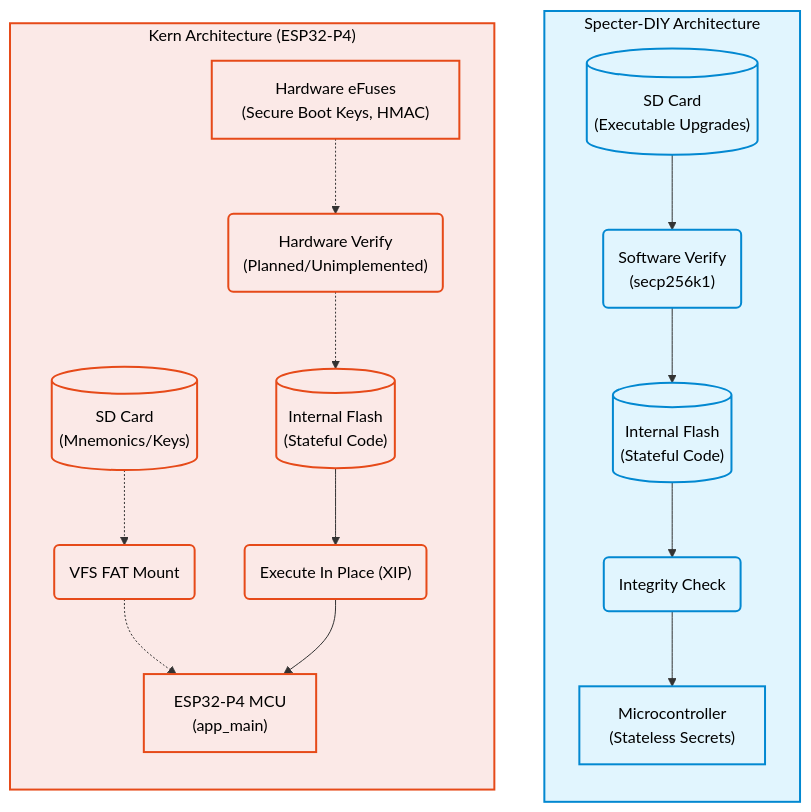
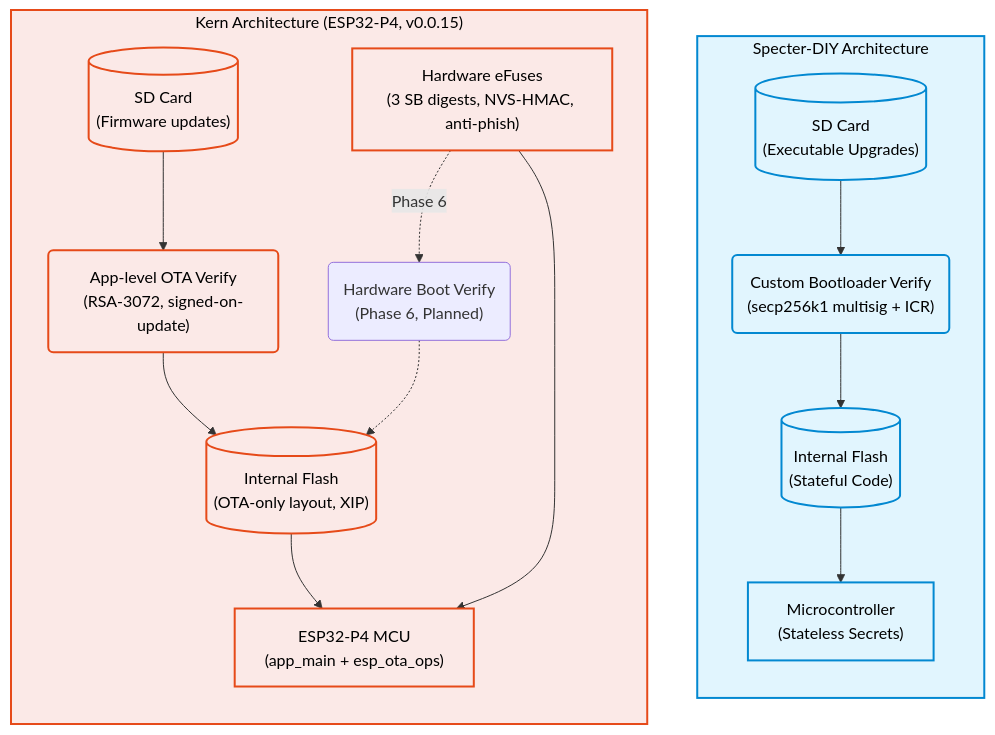
One commit to wolgwang1729/SoB-SeedSigner-Bootloader-Journey changed the eighth of 10 diagrams in LiteratureReview.MD. Above: the diagram before and after it, drawn with Mermaid. The commit also changed other lines of this file and 866 other files, not shown here.

````diff
--- a/LiteratureReview.MD
+++ b/LiteratureReview.MD
@@ -1074,37 +1186,35 @@
 ```mermaid
 graph TD
     subgraph Specter["Specter-DIY Architecture"]
         direction TB
         SDCard_S[("SD Card\n(Executable Upgrades)")]
-        Verify_S("Software Verify\n(secp256k1)")
+        Verify_S("Custom Bootloader Verify\n(secp256k1 multisig + ICR)")
         Flash_S[("Internal Flash\n(Stateful Code)")]
-        IC_S("Integrity Check")
         MCU_S["Microcontroller\n(Stateless Secrets)"]
         
-        SDCard_S --> Verify_S --> Flash_S
-        Flash_S --> IC_S --> MCU_S
+        SDCard_S --> Verify_S --> Flash_S --> MCU_S
     end
 
-    subgraph Kern["Kern Architecture (ESP32-P4)"]
+    subgraph Kern["Kern Architecture (ESP32-P4, v0.0.15)"]
         direction TB
-        SDCard_K[("SD Card\n(Mnemonics/Keys)")]
-        Mount_K("VFS FAT Mount")
-        MCU_K["ESP32-P4 MCU\n(app_main)"]
+        SDCard_K[("SD Card\n(Firmware updates)")]
+        Verify_K("App-level OTA Verify\n(RSA-3072, signed-on-update)")
+        Flash_K[("Internal Flash\n(OTA-only layout, XIP)")]
+        MCU_K["ESP32-P4 MCU\n(app_main + esp_ota_ops)"]
         
-        eFuse_K["Hardware eFuses\n(Secure Boot Keys, HMAC)"]
-        Verify_K("Hardware Verify\n(Planned/Unimplemented)")
-        Flash_K[("Internal Flash\n(Stateful Code)")]
-        XIP_K("Execute In Place (XIP)")
+        eFuse_K["Hardware eFuses\n(3 SB digests, NVS-HMAC, anti-phish)"]
+        Verify_HW("Hardware Boot Verify\n(Phase 6, Planned)")
         
-        SDCard_K -.-> Mount_K -.-> MCU_K
-        eFuse_K -.-> Verify_K -.-> Flash_K
-        Flash_K --> XIP_K --> MCU_K
+        SDCard_K --> Verify_K --> Flash_K --> MCU_K
+        eFuse_K -. "Phase 6" .-> Verify_HW -.-> Flash_K
+        eFuse_K --> MCU_K
     end
+
     
     classDef specter fill:#e1f5fe,stroke:#0288d1,stroke-width:2px,color:#000000;
     classDef kern fill:#fbe9e7,stroke:#e64a19,stroke-width:2px,color:#000000;
     classDef subg fill:none,stroke:#666,stroke-width:2px,stroke-dasharray: 5 5,color:#inherit;
     
     class Specter,SDCard_S,Flash_S,MCU_S,Verify_S,IC_S specter
     class Kern,SDCard_K,eFuse_K,Flash_K,MCU_K,Mount_K,Verify_K,XIP_K kern
 ```
````
